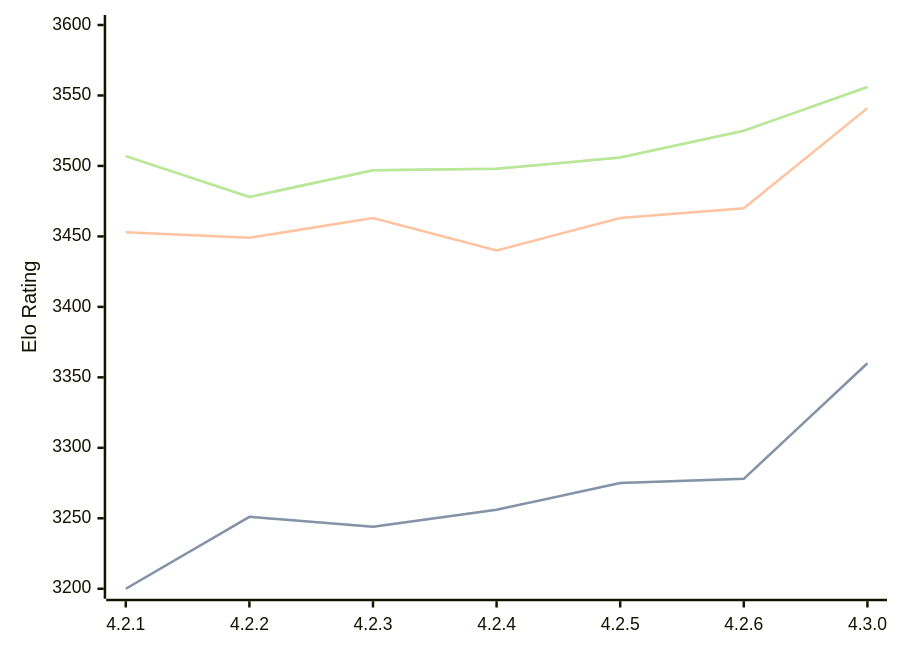
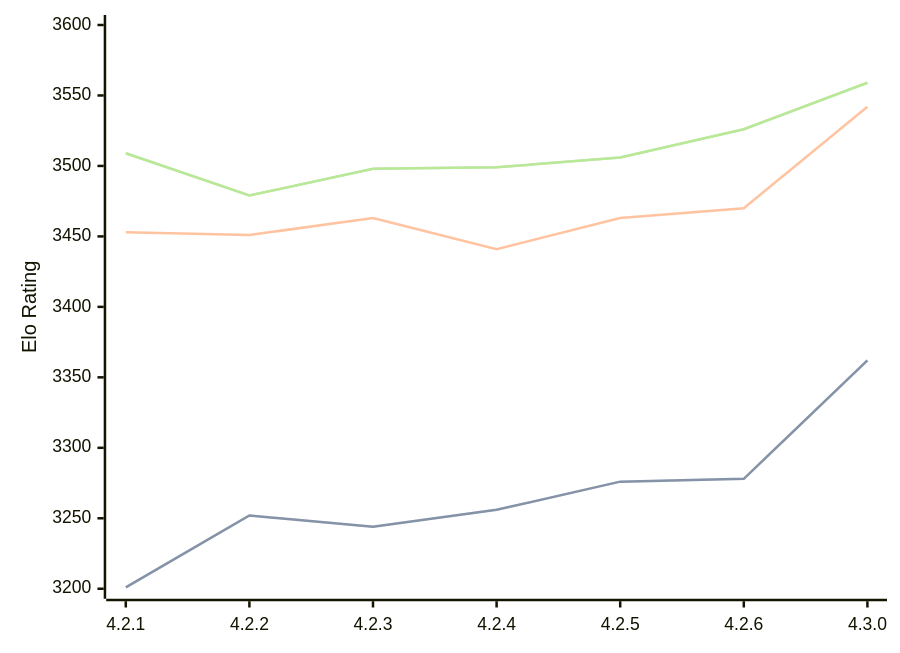
The diagram in engines/Gaia.md (computer-chess-index/cci), drawn with Mermaid before and after one commit. The commit also changed other lines of this file, not shown here.

Commit message:
Update CCI Ratings (ELO VLTC) - 2026-09-14

````diff
--- a/engines/Gaia.md
+++ b/engines/Gaia.md
@@ -42,11 +42,11 @@
 ```mermaid
 %%{init: {"theme":"base","themeVariables":{"seriesColors:['#a3a3a3','#222221','#faa371']}}}%%
 xychart-beta
   x-axis ["4.2.1", "4.2.2", "4.2.3", "4.2.4", "4.2.5", "4.2.6", "4.3.0"]
   y-axis "Elo Rating" 3200 --> 3600
-  line "" [3200, 3251, 3244, 3256, 3275, 3278, 3360]
-  line "STC (8.0+0.08s)" [3200, 3251, 3244, 3256, 3275, 3278, 3360]
-  line "LTC (60.0+0.60s)" [3453, 3449, 3463, 3440, 3463, 3470, 3541]
-  line "" [3507, 3478, 3497, 3498, 3506, 3525, 3556]
-  line "VLTC (2m24s+1.12s)" [3507, 3478, 3497, 3498, 3506, 3525, 3556]
+  line "" [3201, 3252, 3244, 3256, 3276, 3278, 3362]
+  line "STC (8.0+0.08s)" [3201, 3252, 3244, 3256, 3276, 3278, 3362]
+  line "LTC (60.0+0.60s)" [3453, 3451, 3463, 3441, 3463, 3470, 3542]
+  line "" [3509, 3479, 3498, 3499, 3506, 3526, 3559]
+  line "VLTC (2m24s+1.12s)" [3509, 3479, 3498, 3499, 3506, 3526, 3559]
 ```
````
